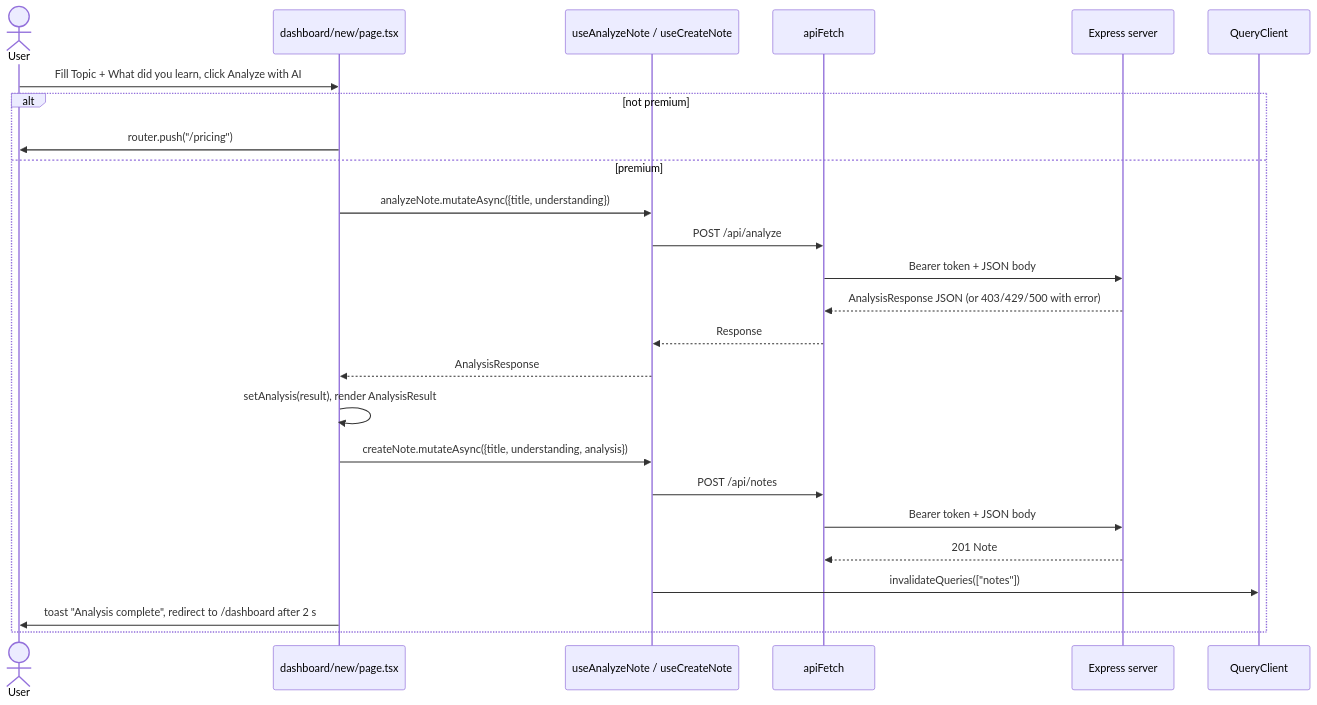
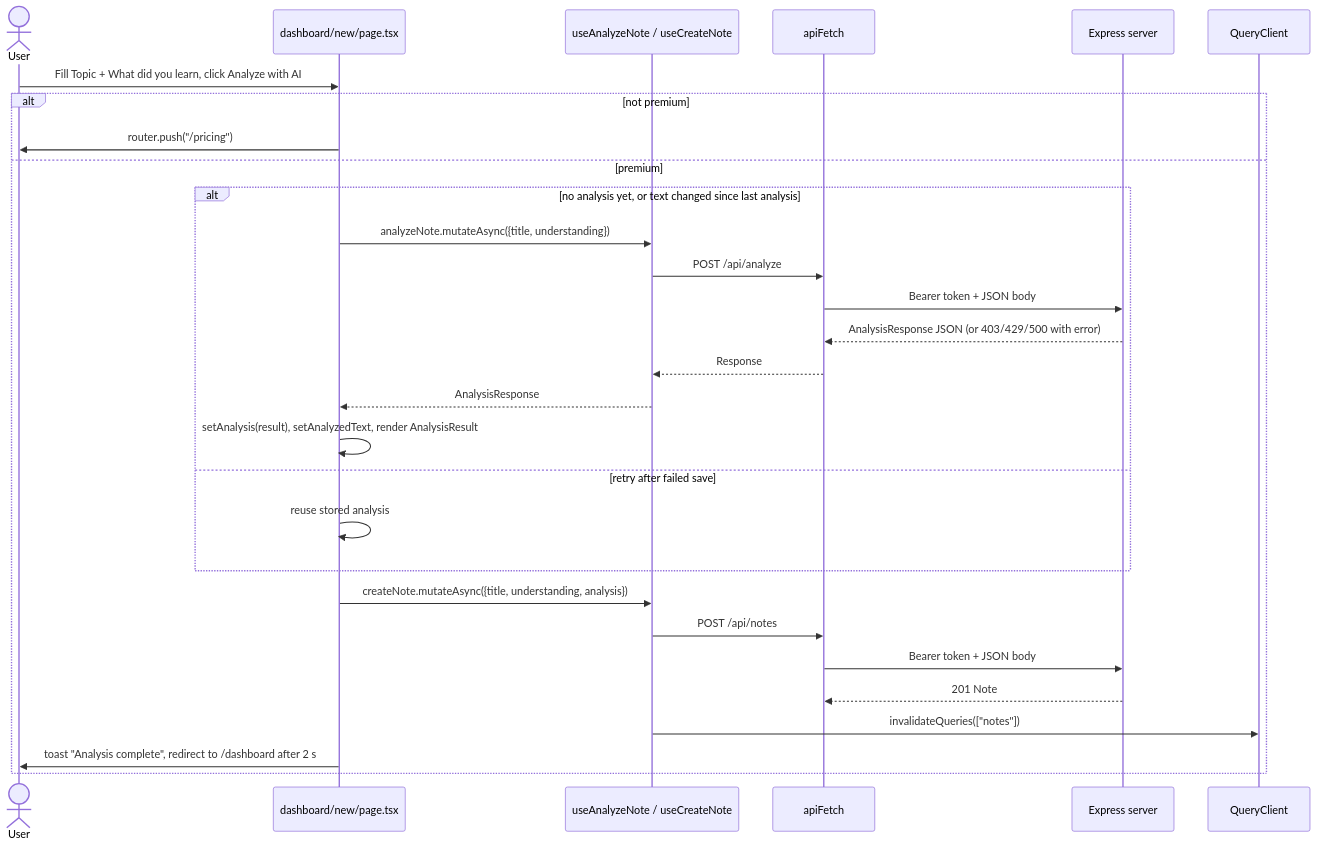
One commit to ydhanush8/MemoMind changed the third of 5 diagrams in docs/client.md. Above: the diagram before and after it, drawn with Mermaid. The commit also changed other lines of this file and 35 other files, not shown here.

Commit message:
fix: show load errors, restore card on failed delete, reuse analysis on retry, INR-only pricing and remove legacy client backend

````diff
--- a/docs/client.md
+++ b/docs/client.md
@@ -180,28 +167,32 @@
 ```mermaid
 sequenceDiagram
     actor U as User
     participant P as dashboard/new/page.tsx
     participant H as useAnalyzeNote / useCreateNote
     participant A as apiFetch
     participant S as Express server
     participant Q as QueryClient
 
     U->>P: Fill Topic + What did you learn, click Analyze with AI
     alt not premium
         P->>U: router.push("/pricing")
     else premium
-        P->>H: analyzeNote.mutateAsync({title, understanding})
-        H->>A: POST /api/analyze
-        A->>S: Bearer token + JSON body
-        S-->>A: AnalysisResponse JSON (or 403/429/500 with error)
-        A-->>H: Response
-        H-->>P: AnalysisResponse
-        P->>P: setAnalysis(result), render AnalysisResult
+        alt no analysis yet, or text changed since last analysis
+            P->>H: analyzeNote.mutateAsync({title, understanding})
+            H->>A: POST /api/analyze
+            A->>S: Bearer token + JSON body
+            S-->>A: AnalysisResponse JSON (or 403/429/500 with error)
+            A-->>H: Response
+            H-->>P: AnalysisResponse
+            P->>P: setAnalysis(result), setAnalyzedText, render AnalysisResult
+        else retry after failed save
+            P->>P: reuse stored analysis
+        end
         P->>H: createNote.mutateAsync({title, understanding, analysis})
         H->>A: POST /api/notes
         A->>S: Bearer token + JSON body
         S-->>A: 201 Note
         H->>Q: invalidateQueries(["notes"])
         P->>U: toast "Analysis complete", redirect to /dashboard after 2 s
     end
 ```
````
